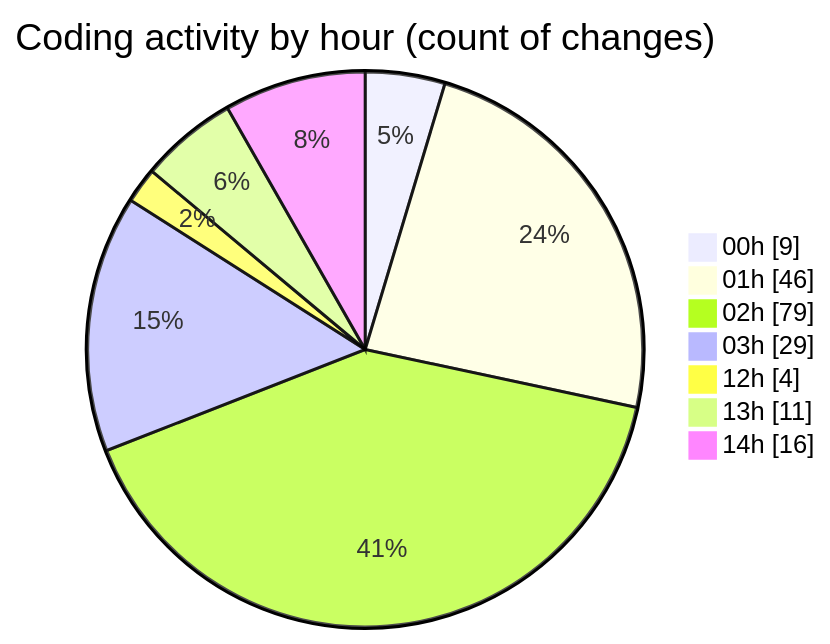
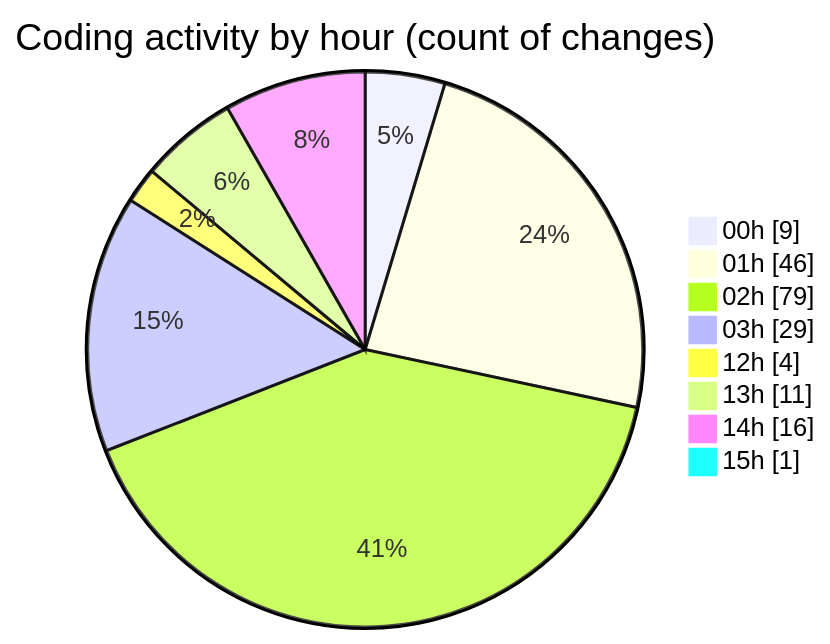
Before and after one commit to julien-gomy/code-tracking: the second of 2 diagrams in 2025-11-18/eventscop-frontend-guide__workspace_/README.md, drawn with Mermaid. The commit also changed other lines of this file and 1 other file, not shown here.

````diff
--- a/2025-11-18/eventscop-frontend-guide__workspace_/README.md
+++ b/2025-11-18/eventscop-frontend-guide__workspace_/README.md
@@ -74,11 +75,12 @@
 ```mermaid
 pie showData
 title Coding activity by hour (count of changes)
 "00h" : 9
 "01h" : 46
 "02h" : 79
 "03h" : 29
 "12h" : 4
 "13h" : 11
 "14h" : 16
+"15h" : 1
 ```
````
